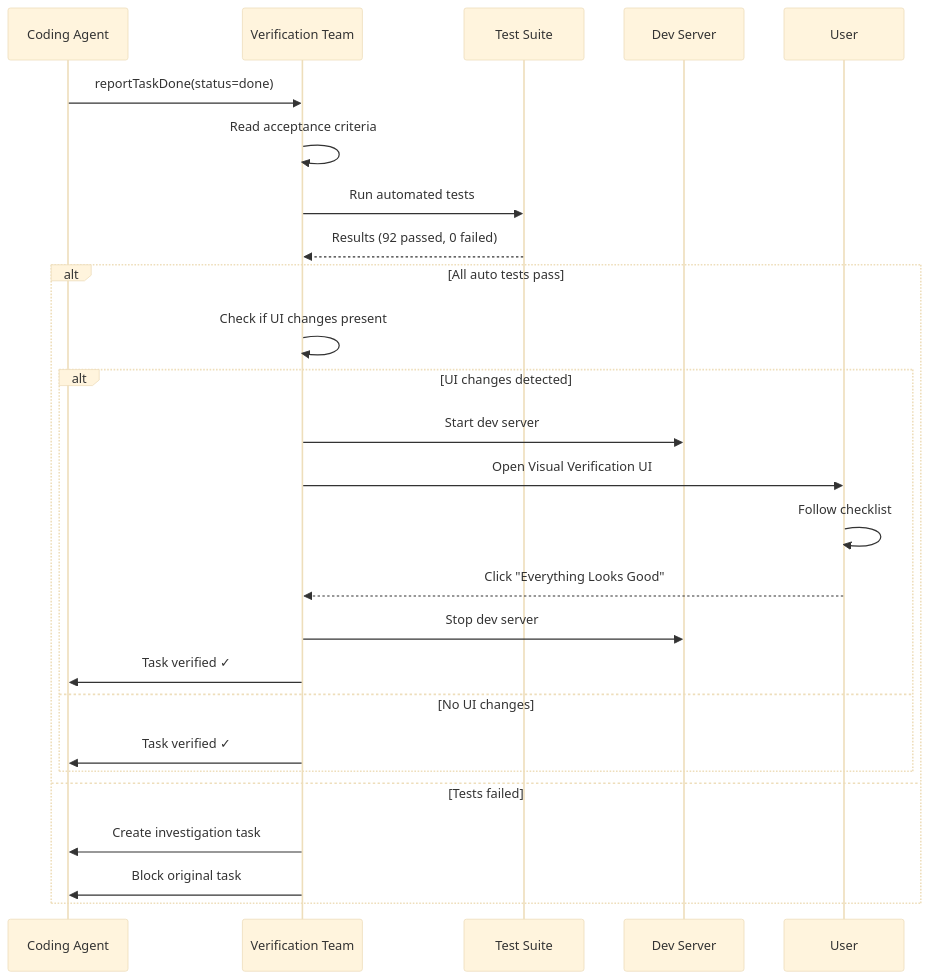
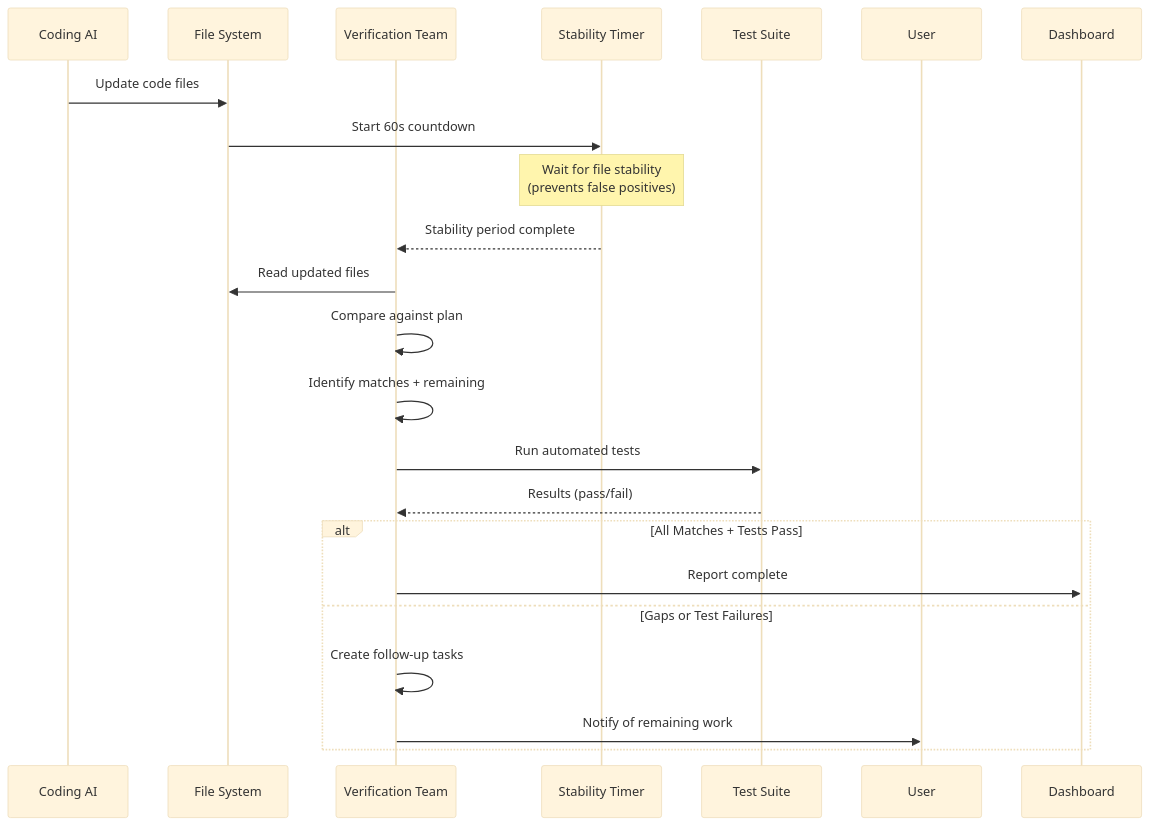
Before and after one commit to xXKillerNoobYT/Copilot-Orchestration-Extension-COE-: the fifth of 9 diagrams in Docs/Plans/COE-Master-Plan/02-Agent-Role-Definitions.md, drawn with Mermaid (base theme). The commit also changed other lines of this file and 22 other files, not shown here.

First line of the commit message:
feat: Add comprehensive documentation for Agent Team updates and LangGraph update flows

````diff
--- a/Docs/Plans/COE-Master-Plan/02-Agent-Role-Definitions.md
+++ b/Docs/Plans/COE-Master-Plan/02-Agent-Role-Definitions.md
@@ -663,30 +821,26 @@
 ```mermaid
 sequenceDiagram
-    participant CA as Coding Agent
+    participant CA as Coding AI
+    participant Files as File System
     participant VT as Verification Team
+    participant Timer as Stability Timer
     participant Tests as Test Suite
-    participant Server as Dev Server
     participant User as User
     
-    CA->>VT: reportTaskDone(status=done)
-    VT->>VT: Read acceptance criteria
+    CA->>Files: Update code files
+    Files->>Timer: Start 60s countdown
+    Note over Timer: Wait for file stability<br/>(prevents false positives)
+    Timer-->>VT: Stability period complete
+    VT->>Files: Read updated files
+    VT->>VT: Compare against plan
+    VT->>VT: Identify matches + remaining
     VT->>Tests: Run automated tests
-    Tests-->>VT: Results (92 passed, 0 failed)
+    Tests-->>VT: Results (pass/fail)
     
-    alt All auto tests pass
-        VT->>VT: Check if UI changes present
-        alt UI changes detected
-            VT->>Server: Start dev server
-            VT->>User: Open Visual Verification UI
-            User->>User: Follow checklist
-            User-->>VT: Click "Everything Looks Good"
-            VT->>Server: Stop dev server
-            VT->>CA: Task verified ✓
-        else No UI changes
-            VT->>CA: Task verified ✓
-        end
-    else Tests failed
-        VT->>CA: Create investigation task
-        VT->>CA: Block original task
+    alt All Matches + Tests Pass
+        VT->>Dashboard: Report complete
+    else Gaps or Test Failures
+        VT->>VT: Create follow-up tasks
+        VT->>User: Notify of remaining work
     end
 ```
````
